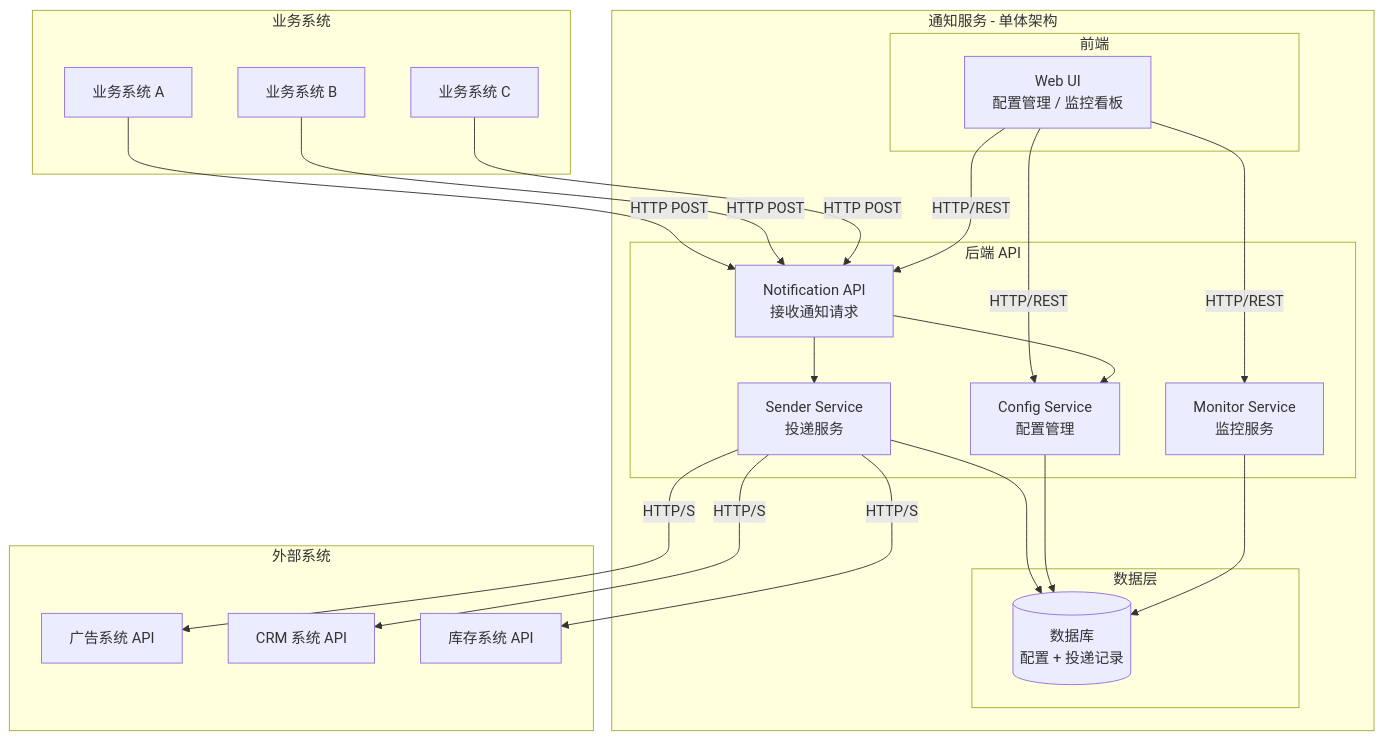
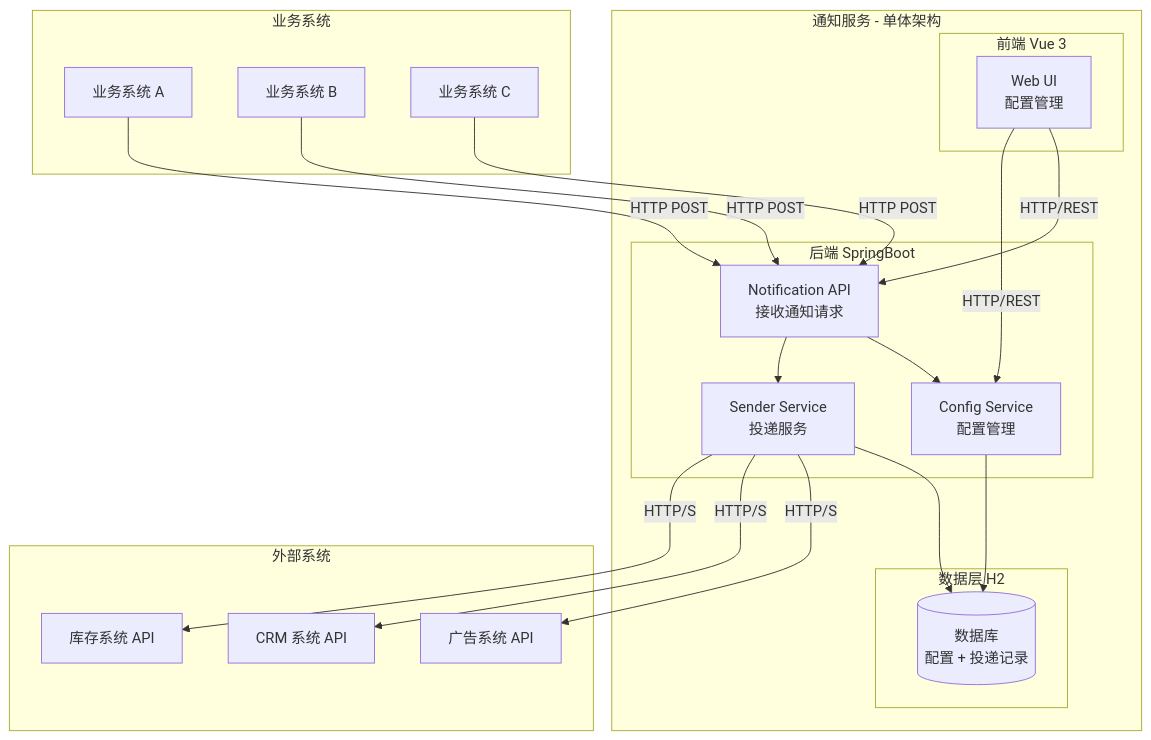
The first of 3 diagrams in openspec/changes/api-notification-system/design.md (springmonster/rc_kuanghaochuan), drawn with Mermaid before and after one commit. The commit also changed other lines of this file and 5 other files, not shown here.

First line of the commit message:
feat(人工,AI): 明确技术栈为Vue3+SpringBoot+H2，移除限流和监控

````diff
--- a/openspec/changes/api-notification-system/design.md
+++ b/openspec/changes/api-notification-system/design.md
@@ -21,49 +21,46 @@
 ```mermaid
 graph TB
     subgraph 业务系统
         SYS1[业务系统 A]
         SYS2[业务系统 B]
         SYS3[业务系统 C]
     end
 
     subgraph NotificationService[通知服务 - 单体架构]
-        subgraph Frontend[前端]
-            WEB[Web UI<br/>配置管理 / 监控看板]
+        subgraph Frontend[前端 Vue 3]
+            WEB[Web UI<br/>配置管理]
         end
 
-        subgraph Backend[后端 API]
+        subgraph Backend[后端 SpringBoot]
             API[Notification API<br/>接收通知请求]
             CONFIG[Config Service<br/>配置管理]
             SENDER[Sender Service<br/>投递服务]
-            MONITOR[Monitor Service<br/>监控服务]
         end
 
-        subgraph Data[数据层]
+        subgraph Data[数据层 H2]
             DB[(数据库<br/>配置 + 投递记录)]
         end
     end
 
     subgraph 外部系统
         EXT1[广告系统 API]
         EXT2[CRM 系统 API]
         EXT3[库存系统 API]
     end
 
     SYS1 -->|HTTP POST| API
     SYS2 -->|HTTP POST| API
     SYS3 -->|HTTP POST| API
 
     WEB -->|HTTP/REST| API
     WEB -->|HTTP/REST| CONFIG
-    WEB -->|HTTP/REST| MONITOR
 
     API --> CONFIG
     API --> SENDER
     SENDER --> DB
     CONFIG --> DB
-    MONITOR --> DB
 
     SENDER -->|HTTP/S| EXT1
     SENDER -->|HTTP/S| EXT2
     SENDER -->|HTTP/S| EXT3
 ```
````
